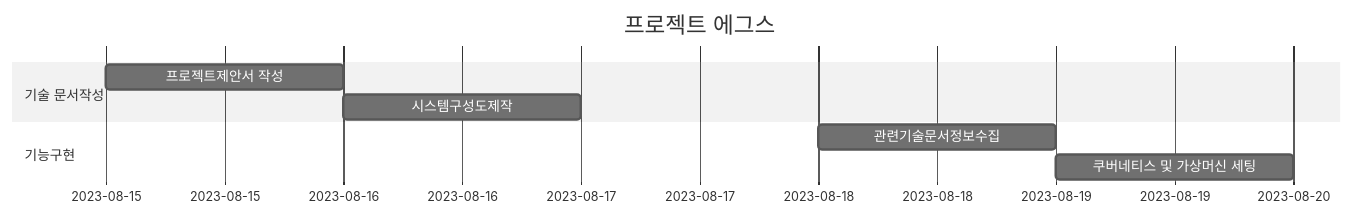
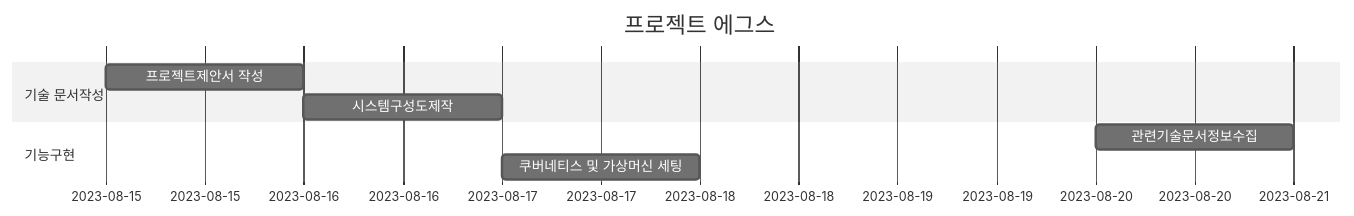
One commit to minjunkim5876/project_eggs changed the diagram in README.md. Above: the diagram before and after it, drawn with Mermaid (neutral theme). The commit also changed other lines of this file, not shown here.

Commit message:
ㅇ

````diff
--- a/README.md
+++ b/README.md
@@ -4,12 +4,12 @@
 ```mermaid
 gantt
     title 프로젝트 에그스
     dateFormat  YYYY-MM-DD
     section 기술 문서작성
     프로젝트제안서 작성  : a1, 2023-8-15, 1d
     시스템구성도제작  : 2023-8-16, 1d
 
     section 기능구현
-    관련기술문서정보수집     :a1,2023-8-18  , 1d
-    쿠버네티스 및 가상머신 세팅 : after a1,  1d
+    관련기술문서정보수집     : 2023-8-20  , 1d
+    쿠버네티스 및 가상머신 세팅 : 2023-8-17,  1d
 ```
````
